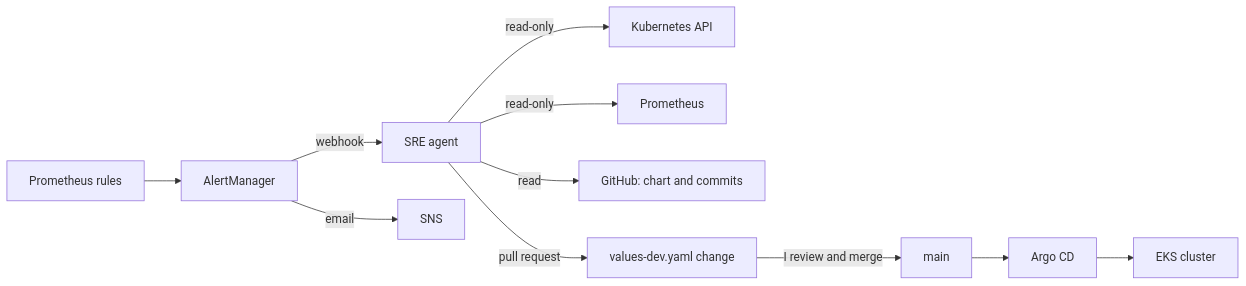
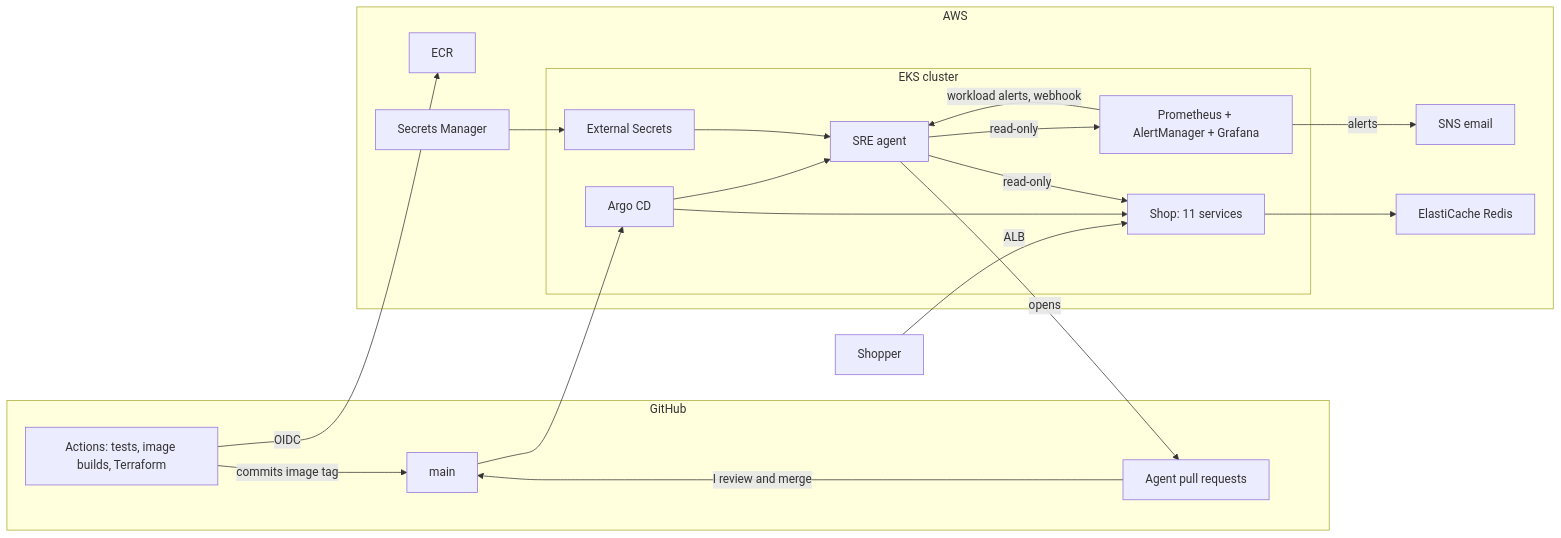
The diagram in README.md (kolade86/online-boutique-aws-eks), drawn with Mermaid before and after one commit. The commit also changed other lines of this file and 7 other files, not shown here.

````diff
--- a/README.md
+++ b/README.md
@@ -36,13 +20,33 @@
 ```mermaid
 flowchart LR
-    PROM[Prometheus rules] --> AM[AlertManager]
-    AM -->|webhook| AGENT[SRE agent]
-    AM -->|email| SNS[SNS]
-    AGENT -->|read-only| K8S[Kubernetes API]
-    AGENT -->|read-only| PQ[Prometheus]
-    AGENT -->|read| GH[GitHub: chart and commits]
-    AGENT -->|pull request| PR[values-dev.yaml change]
-    PR -->|I review and merge| MAIN[main]
-    MAIN --> ARGO[Argo CD]
-    ARGO --> EKS[EKS cluster]
+    subgraph GH[GitHub]
+        MAIN[main]
+        ACT[Actions: tests, image builds, Terraform]
+        PRS[Agent pull requests]
+    end
+    subgraph AWS[AWS]
+        ECR[ECR]
+        SM[Secrets Manager]
+        SNS[SNS email]
+        subgraph EKS[EKS cluster]
+            ARGO[Argo CD]
+            SHOP[Shop: 11 services]
+            AGENT[SRE agent]
+            PROM[Prometheus + AlertManager + Grafana]
+            ESO[External Secrets]
+        end
+        REDIS[ElastiCache Redis]
+    end
+    USER[Shopper] -->|ALB| SHOP
+    ACT -->|OIDC| ECR
+    ACT -->|commits image tag| MAIN
+    MAIN --> ARGO --> SHOP
+    ARGO --> AGENT
+    SHOP --> REDIS
+    PROM -->|alerts| SNS
+    PROM -->|workload alerts, webhook| AGENT
+    AGENT -->|read-only| PROM
+    AGENT -->|read-only| SHOP
+    AGENT -->|opens| PRS -->|I review and merge| MAIN
+    SM --> ESO --> AGENT
 ```
````
